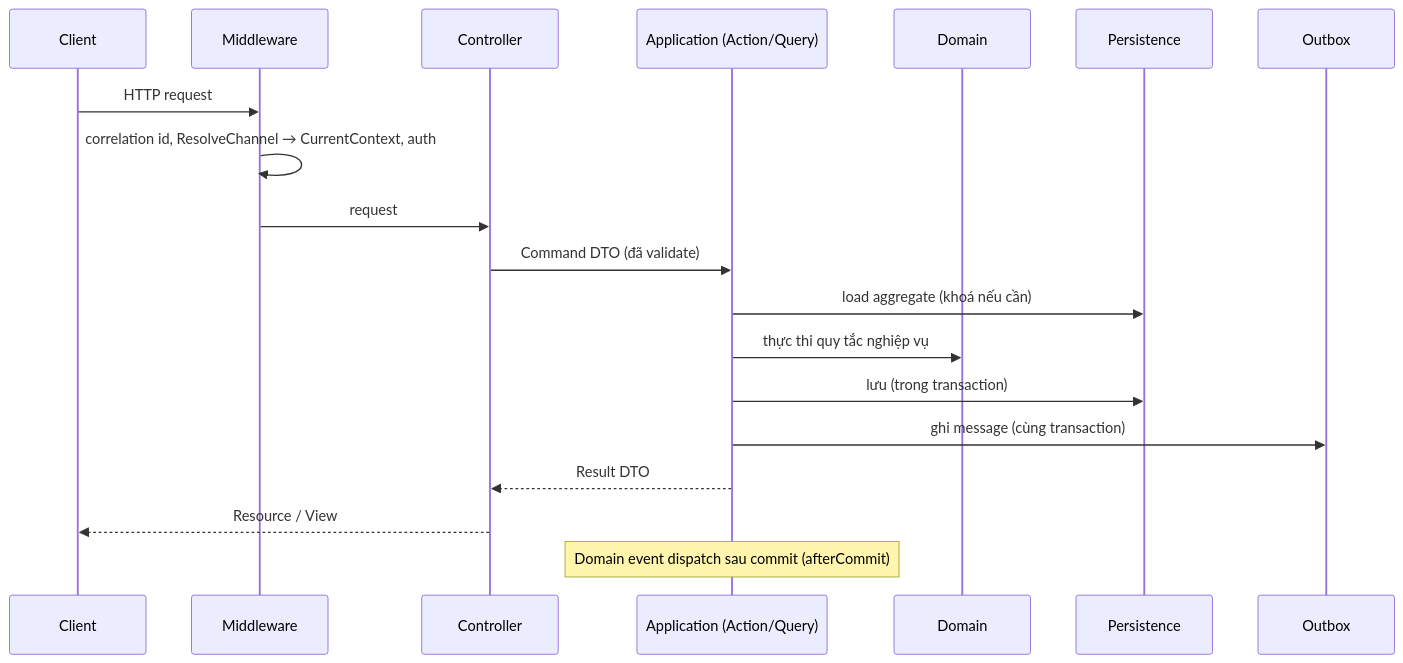
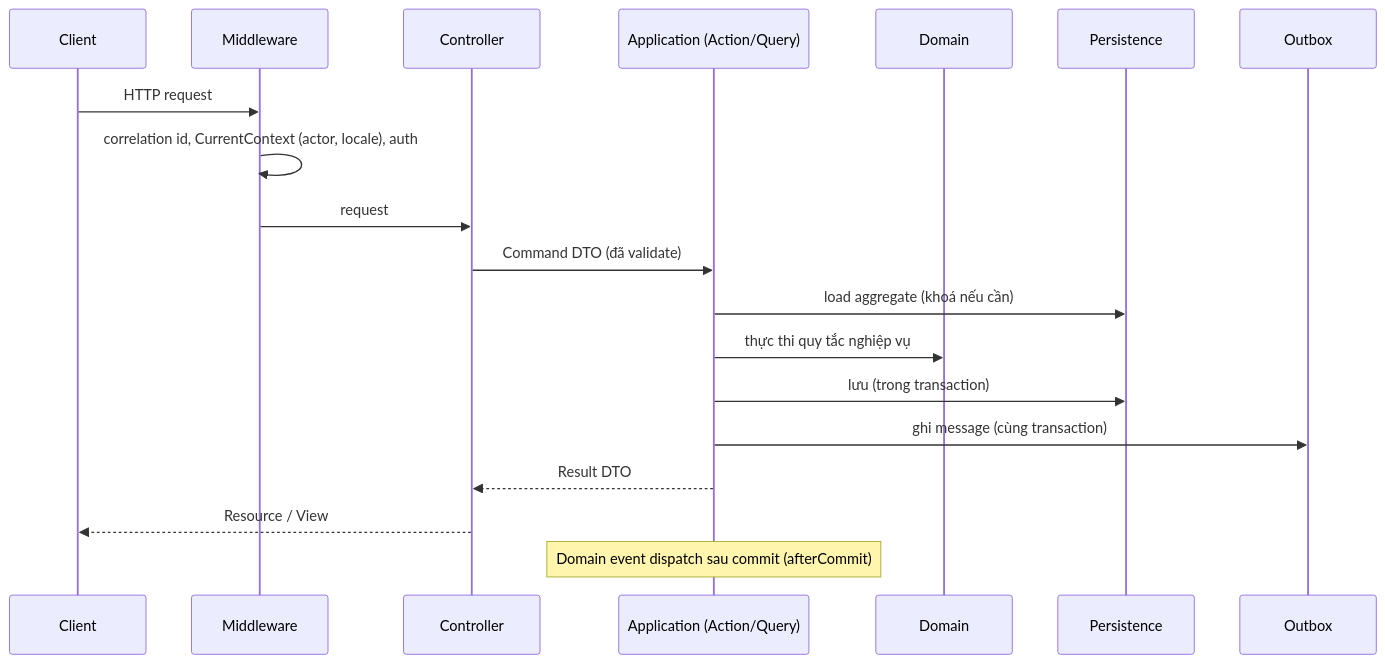
One commit to ptdat97/vanishop changed the third of 3 diagrams in docs/02-architecture/overview.md. Above: the diagram before and after it, drawn with Mermaid. The commit also changed other lines of this file and 52 other files, not shown here.

````diff
--- a/docs/02-architecture/overview.md
+++ b/docs/02-architecture/overview.md
@@ -116,21 +116,21 @@
 ```mermaid
 sequenceDiagram
     participant C as Client
     participant MW as Middleware
     participant H as Controller
     participant A as Application (Action/Query)
     participant D as Domain
     participant P as Persistence
     participant O as Outbox
     C->>MW: HTTP request
-    MW->>MW: correlation id, ResolveChannel → CurrentContext, auth
+    MW->>MW: correlation id, CurrentContext (actor, locale), auth
     MW->>H: request
     H->>A: Command DTO (đã validate)
     A->>P: load aggregate (khoá nếu cần)
     A->>D: thực thi quy tắc nghiệp vụ
     A->>P: lưu (trong transaction)
     A->>O: ghi message (cùng transaction)
     A-->>H: Result DTO
     H-->>C: Resource / View
     Note over A: Domain event dispatch sau commit (afterCommit)
 ```
````
